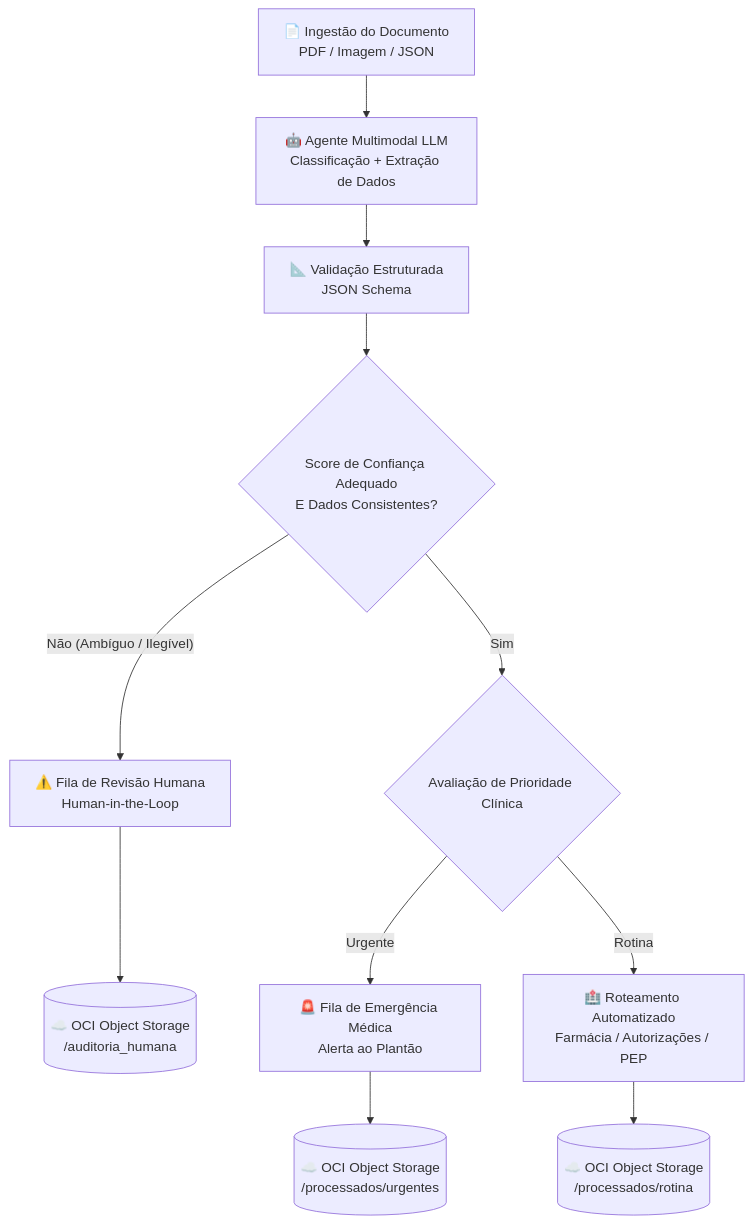
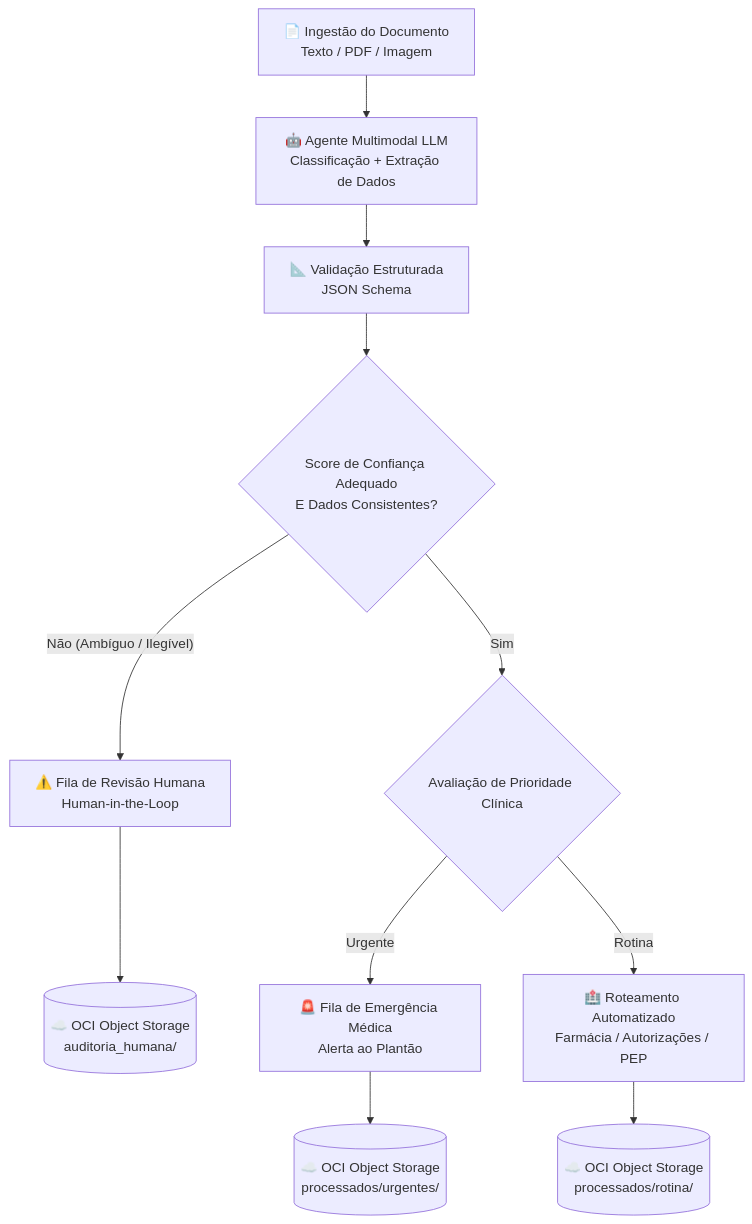
One commit to No-Country-simulation/g10-Brasil27 changed the diagram in README.md. Above: the diagram before and after it, drawn with Mermaid. The commit also changed other lines of this file and 14 other files, not shown here.

````diff
--- a/README.md
+++ b/README.md
@@ -18,17 +18,17 @@
 ```mermaid
 graph TD
-    A[📄 Ingestão do Documento<br/>PDF / Imagem / JSON] --> B[🤖 Agente Multimodal LLM<br/>Classificação + Extração de Dados]
+    A[📄 Ingestão do Documento<br/>Texto / PDF / Imagem] --> B[🤖 Agente Multimodal LLM<br/>Classificação + Extração de Dados]
     B --> C[📐 Validação Estruturada<br/>JSON Schema]
     C --> D{Score de Confiança Adequado<br/>E Dados Consistentes?}
 
     D -- Não (Ambíguo / Ilegível) --> E[⚠️ Fila de Revisão Humana<br/>Human-in-the-Loop]
-    E --> F[(☁️ OCI Object Storage<br/>/auditoria_humana)]
+    E --> F[(☁️ OCI Object Storage<br/>auditoria_humana/)]
 
     D -- Sim --> G{Avaliação de Prioridade Clínica}
 
     G -- Urgente --> H[🚨 Fila de Emergência Médica<br/>Alerta ao Plantão]
-    H --> I[(☁️ OCI Object Storage<br/>/processados/urgentes)]
+    H --> I[(☁️ OCI Object Storage<br/>processados/urgentes/)]
 
     G -- Rotina --> J[🏥 Roteamento Automatizado<br/>Farmácia / Autorizações / PEP]
-    J --> K[(☁️ OCI Object Storage<br/>/processados/rotina)]
+    J --> K[(☁️ OCI Object Storage<br/>processados/rotina/)]
 ```
````
